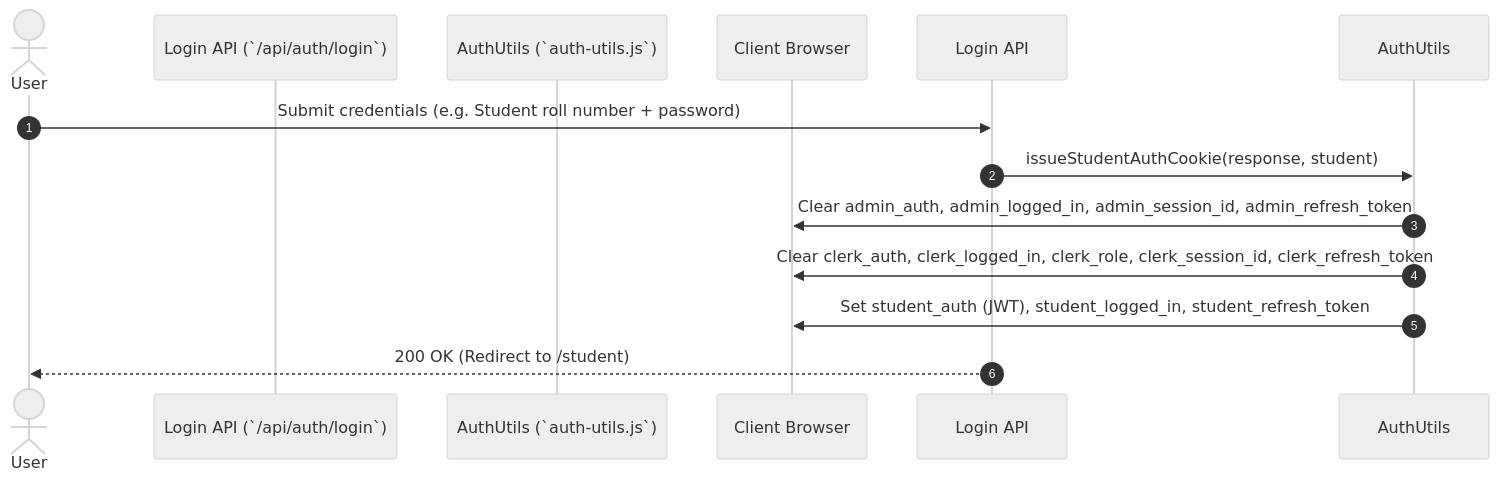
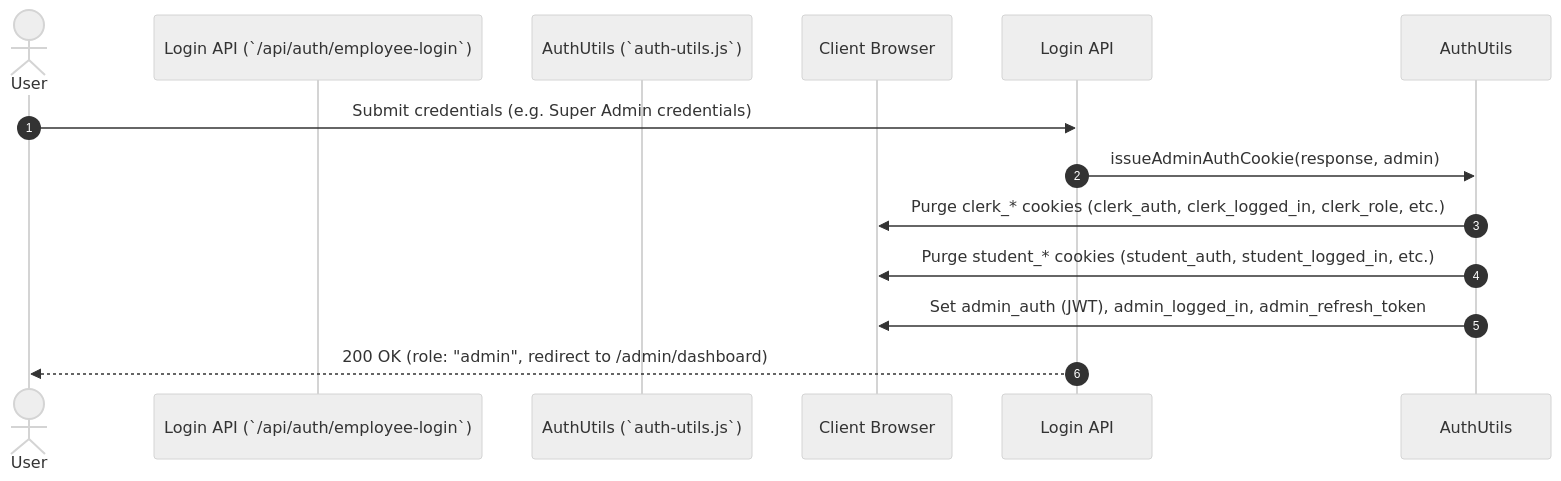
The first of 2 diagrams in DOCUMENTATION/authentication/authentication.md (GouthamA15/KUCET_College_Management_System), drawn with Mermaid (neutral theme) before and after one commit. The commit also changed other lines of this file and 6 other files, not shown here.

````diff
--- a/DOCUMENTATION/authentication/authentication.md
+++ b/DOCUMENTATION/authentication/authentication.md
@@ -49,15 +64,15 @@
 ```mermaid
 sequenceDiagram
     autonumber
     actor User
-    participant Login API (`/api/auth/login`)
+    participant Login API (`/api/auth/employee-login`)
     participant AuthUtils (`auth-utils.js`)
     participant Client Browser
 
-    User->>Login API: Submit credentials (e.g. Student roll number + password)
-    Login API->>AuthUtils: issueStudentAuthCookie(response, student)
-    AuthUtils->>Client Browser: Clear admin_auth, admin_logged_in, admin_session_id, admin_refresh_token
-    AuthUtils->>Client Browser: Clear clerk_auth, clerk_logged_in, clerk_role, clerk_session_id, clerk_refresh_token
-    AuthUtils->>Client Browser: Set student_auth (JWT), student_logged_in, student_refresh_token
-    Login API-->>User: 200 OK (Redirect to /student)
+    User->>Login API: Submit credentials (e.g. Super Admin credentials)
+    Login API->>AuthUtils: issueAdminAuthCookie(response, admin)
+    AuthUtils->>Client Browser: Purge clerk_* cookies (clerk_auth, clerk_logged_in, clerk_role, etc.)
+    AuthUtils->>Client Browser: Purge student_* cookies (student_auth, student_logged_in, etc.)
+    AuthUtils->>Client Browser: Set admin_auth (JWT), admin_logged_in, admin_refresh_token
+    Login API-->>User: 200 OK (role: "admin", redirect to /admin/dashboard)
 ```
````
